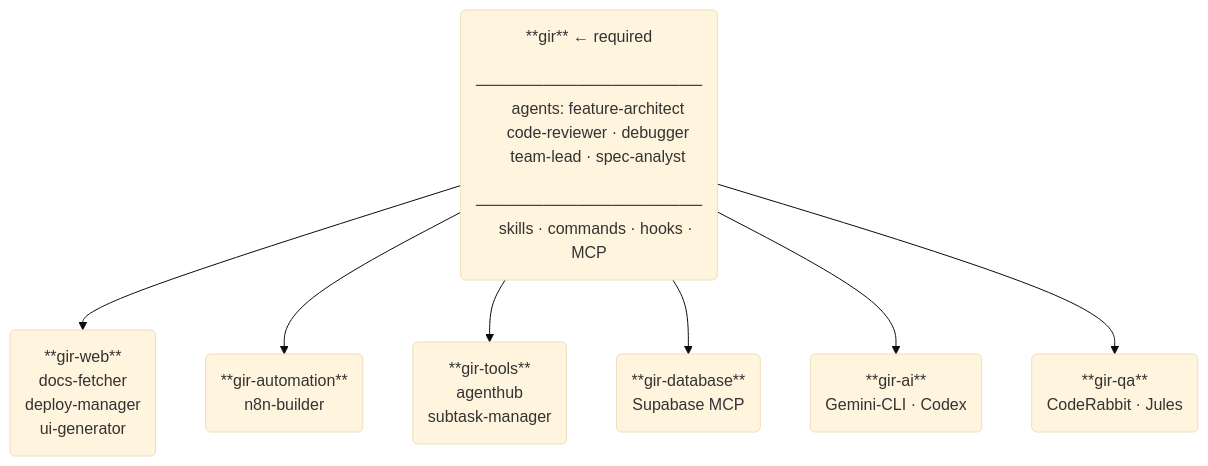
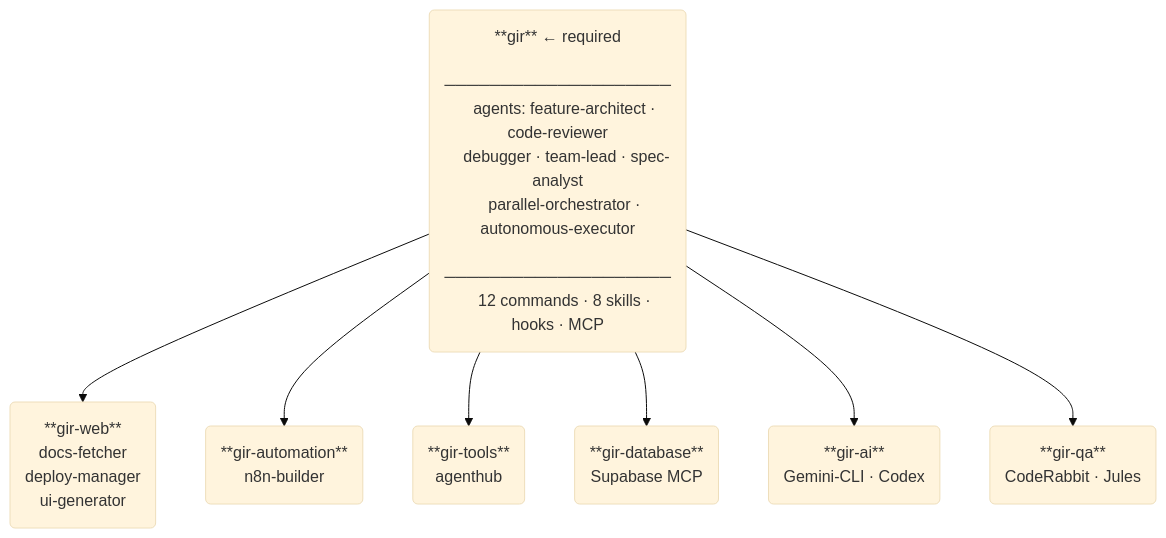
One commit to RedcoatAsher/GIR-v2 changed the first of 2 diagrams in README.md. Above: the diagram before and after it, drawn with Mermaid (base theme). The commit also changed other lines of this file and 2 other files, not shown here.

````diff
--- a/README.md
+++ b/README.md
@@ -45,31 +45,30 @@
 ```mermaid
 graph TD
     gir("**gir** ← required
     ────────────────────
-    agents: feature-architect
-    code-reviewer · debugger
-    team-lead · spec-analyst
+    agents: feature-architect · code-reviewer
+    debugger · team-lead · spec-analyst
+    parallel-orchestrator · autonomous-executor
     ────────────────────
-    skills · commands · hooks · MCP")
+    12 commands · 8 skills · hooks · MCP")
 
     gir --> web("**gir-web**
     docs-fetcher
     deploy-manager
     ui-generator")
 
     gir --> auto("**gir-automation**
     n8n-builder")
 
     gir --> tools("**gir-tools**
-    agenthub
-    subtask-manager")
+    agenthub")
 
     gir --> db("**gir-database**
     Supabase MCP")
 
     gir --> ai("**gir-ai**
     Gemini-CLI · Codex")
 
     gir --> qa("**gir-qa**
     CodeRabbit · Jules")
 ```
````
